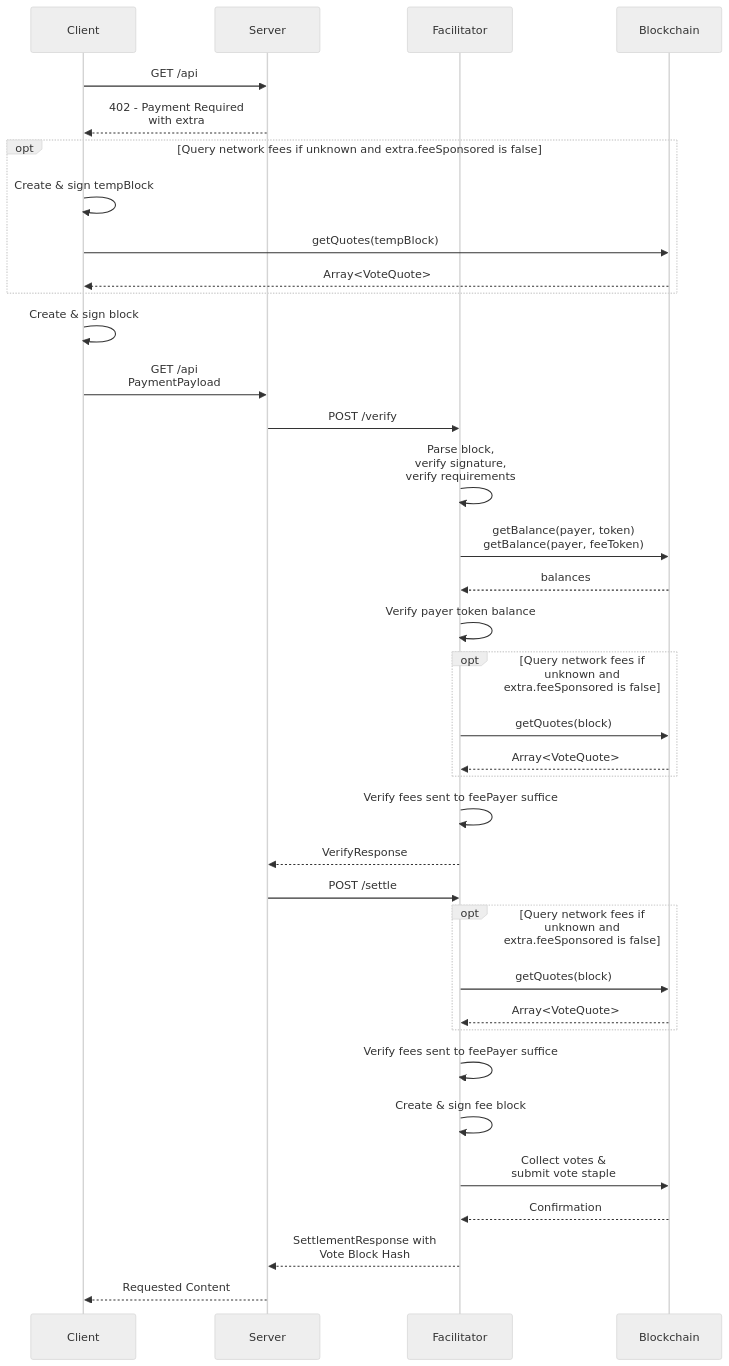
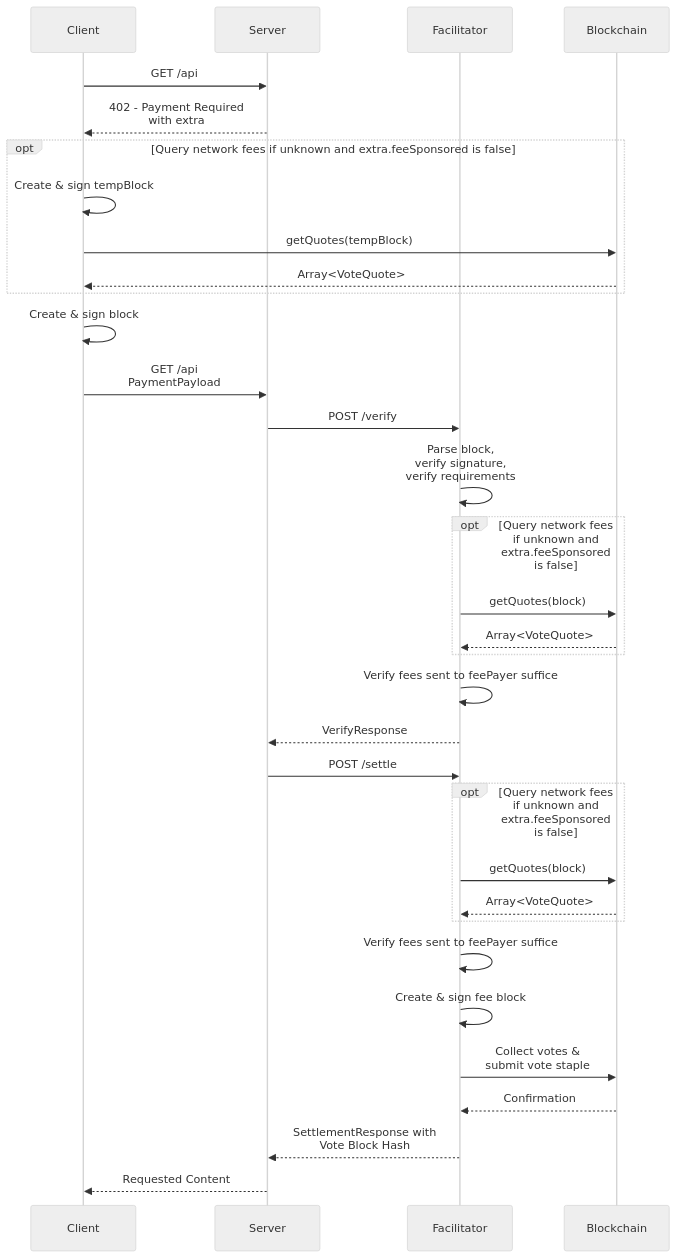
One commit to sc4l3r/coinbase-x402 changed the diagram in specs/schemes/exact/scheme_exact_keeta_feePayer.md. Above: the diagram before and after it, drawn with Mermaid (neutral theme). The commit also changed other lines of this file and 1 other file, not shown here.

First line of the commit message:
feat(specs): remove Keeta balance checks

````diff
--- a/specs/schemes/exact/scheme_exact_keeta_feePayer.md
+++ b/specs/schemes/exact/scheme_exact_keeta_feePayer.md
@@ -13,39 +13,36 @@
 ```mermaid
 sequenceDiagram
     participant Client;
     participant Server;
     participant Facilitator;
     participant Blockchain;
 
     Client->>Server: GET /api
     Server-->>Client: 402 - Payment Required<br>with extra
     opt Query network fees if unknown and extra.feeSponsored is false
         Client->>Client: Create & sign tempBlock
         Client->>Blockchain: getQuotes(tempBlock)
         Blockchain-->>Client: Array<VoteQuote>
     end
     Client->>Client: Create & sign block
     Client->>Server: GET /api <br>PaymentPayload
     Server->>Facilitator: POST /verify
     Facilitator->>Facilitator: Parse block,<br>verify signature,<br>verify requirements
-    Facilitator->>Blockchain: getBalance(payer, token)<br>getBalance(payer, feeToken)
-    Blockchain-->>Facilitator: balances
-    Facilitator->>Facilitator: Verify payer token balance
     opt Query network fees if unknown and extra.feeSponsored is false
         Facilitator->>Blockchain: getQuotes(block)
         Blockchain-->>Facilitator: Array<VoteQuote>
     end
     Facilitator->>Facilitator: Verify fees sent to feePayer suffice
     Facilitator-->>Server: VerifyResponse
     Server->>Facilitator: POST /settle
     opt Query network fees if unknown and extra.feeSponsored is false
         Facilitator->>Blockchain: getQuotes(block)
         Blockchain-->>Facilitator: Array<VoteQuote>
     end
     Facilitator->>Facilitator: Verify fees sent to feePayer suffice
     Facilitator->>Facilitator: Create & sign fee block
     Facilitator->>Blockchain: Collect votes &<br>submit vote staple
     Blockchain-->>Facilitator: Confirmation
     Facilitator-->>Server: SettlementResponse with<br>Vote Block Hash
     Server-->>Client: Requested Content
 ```
````
